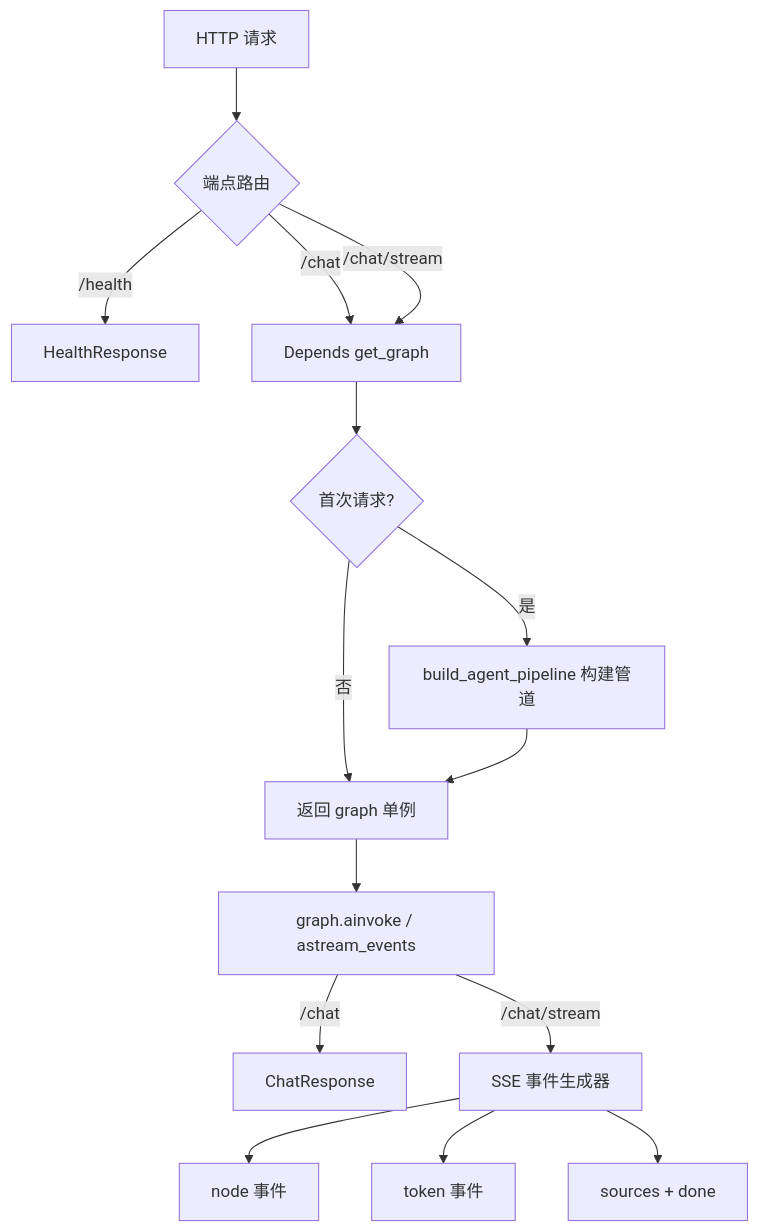
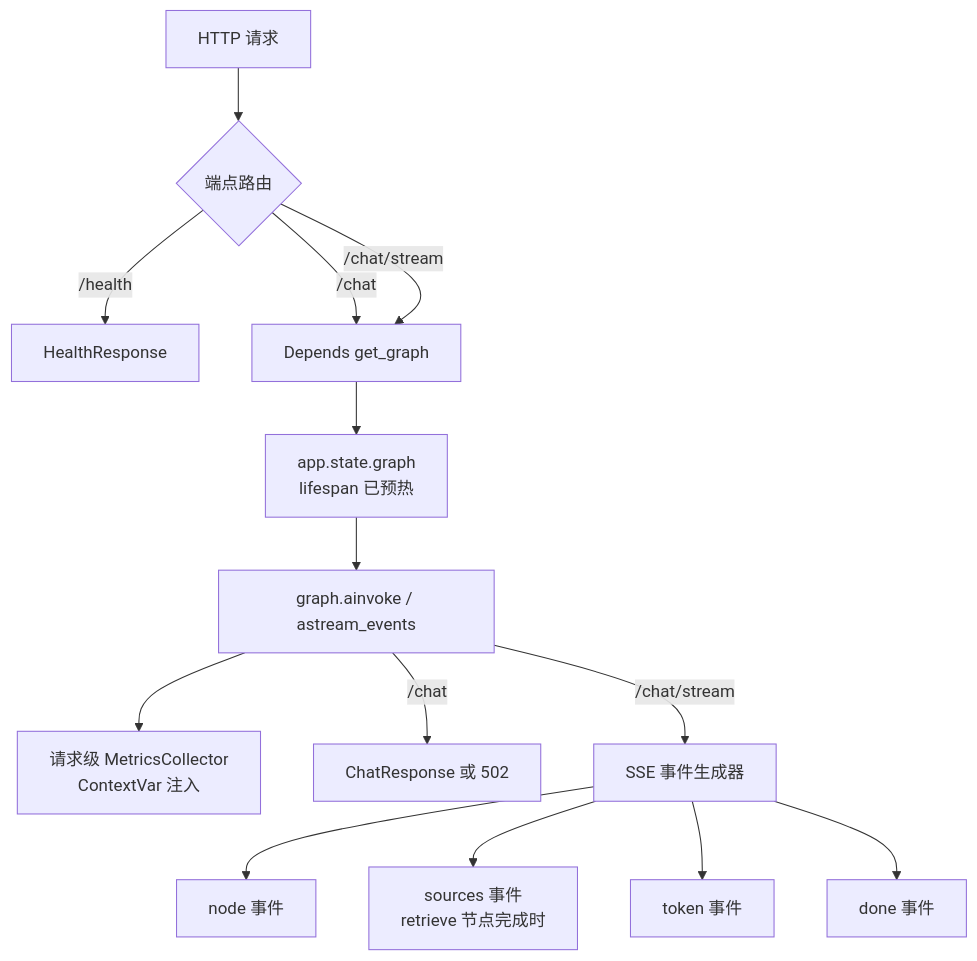
One commit to yyc2417/RAGForge changed the diagram in docs/modules/api.md. Above: the diagram before and after it, drawn with Mermaid. The commit also changed other lines of this file and 15 other files, not shown here.

````diff
--- a/docs/modules/api.md
+++ b/docs/modules/api.md
@@ -92,17 +99,16 @@
 ```mermaid
 graph TD
     A[HTTP 请求] --> B{端点路由}
     B -->|/health| C[HealthResponse]
     B -->|/chat| D[Depends get_graph]
     B -->|/chat/stream| D
-    D --> E{首次请求?}
-    E -->|是| F[build_agent_pipeline 构建管道]
-    E -->|否| G[返回 graph 单例]
-    F --> G
-    G --> H[graph.ainvoke / astream_events]
-    H -->|/chat| I[ChatResponse]
+    D --> E[app.state.graph<br/>lifespan 已预热]
+    E --> H[graph.ainvoke / astream_events]
+    H --> M[请求级 MetricsCollector<br/>ContextVar 注入]
+    H -->|/chat| I[ChatResponse 或 502]
     H -->|/chat/stream| J[SSE 事件生成器]
     J --> K[node 事件]
+    J --> N[sources 事件<br/>retrieve 节点完成时]
     J --> L[token 事件]
-    J --> M[sources + done]
+    J --> O[done 事件]
 ```
````
